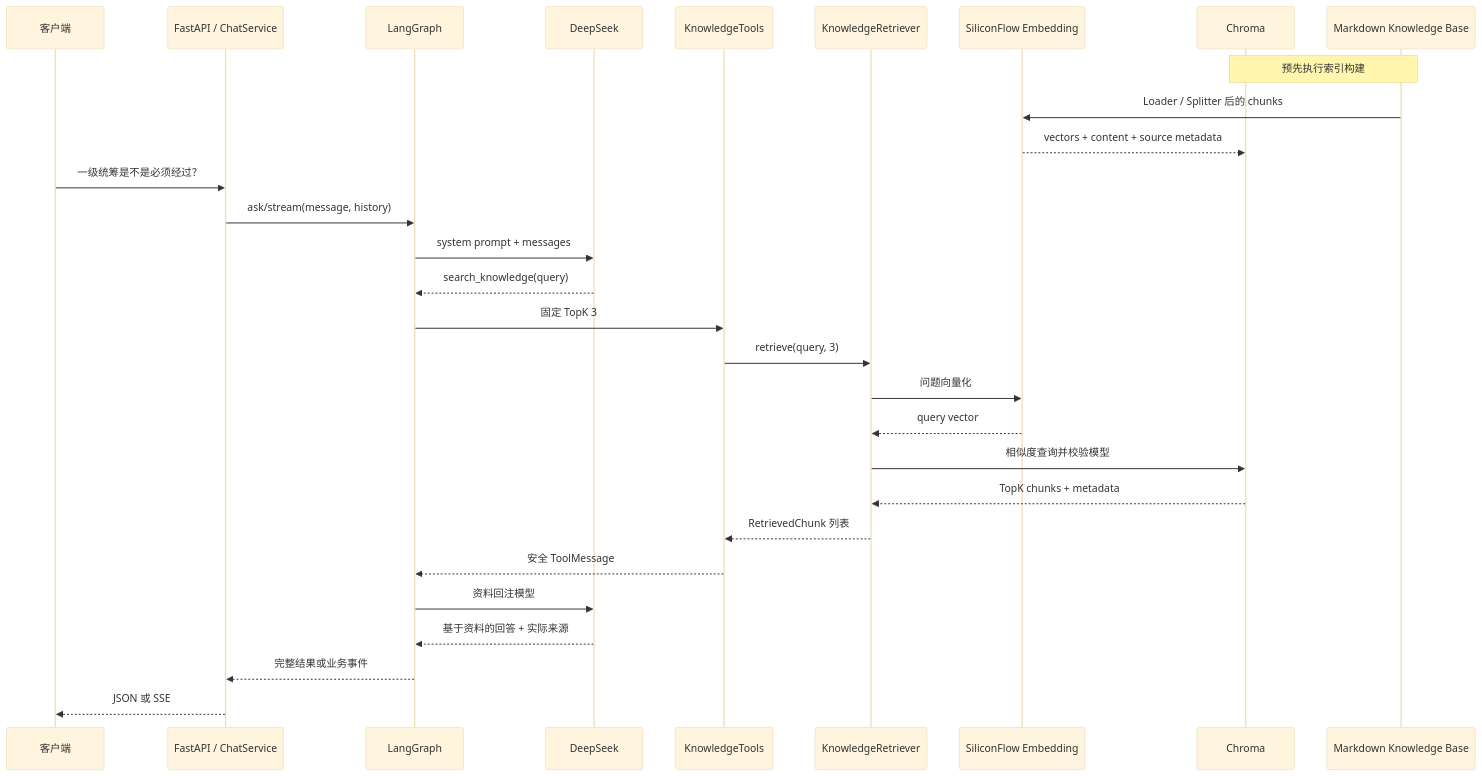
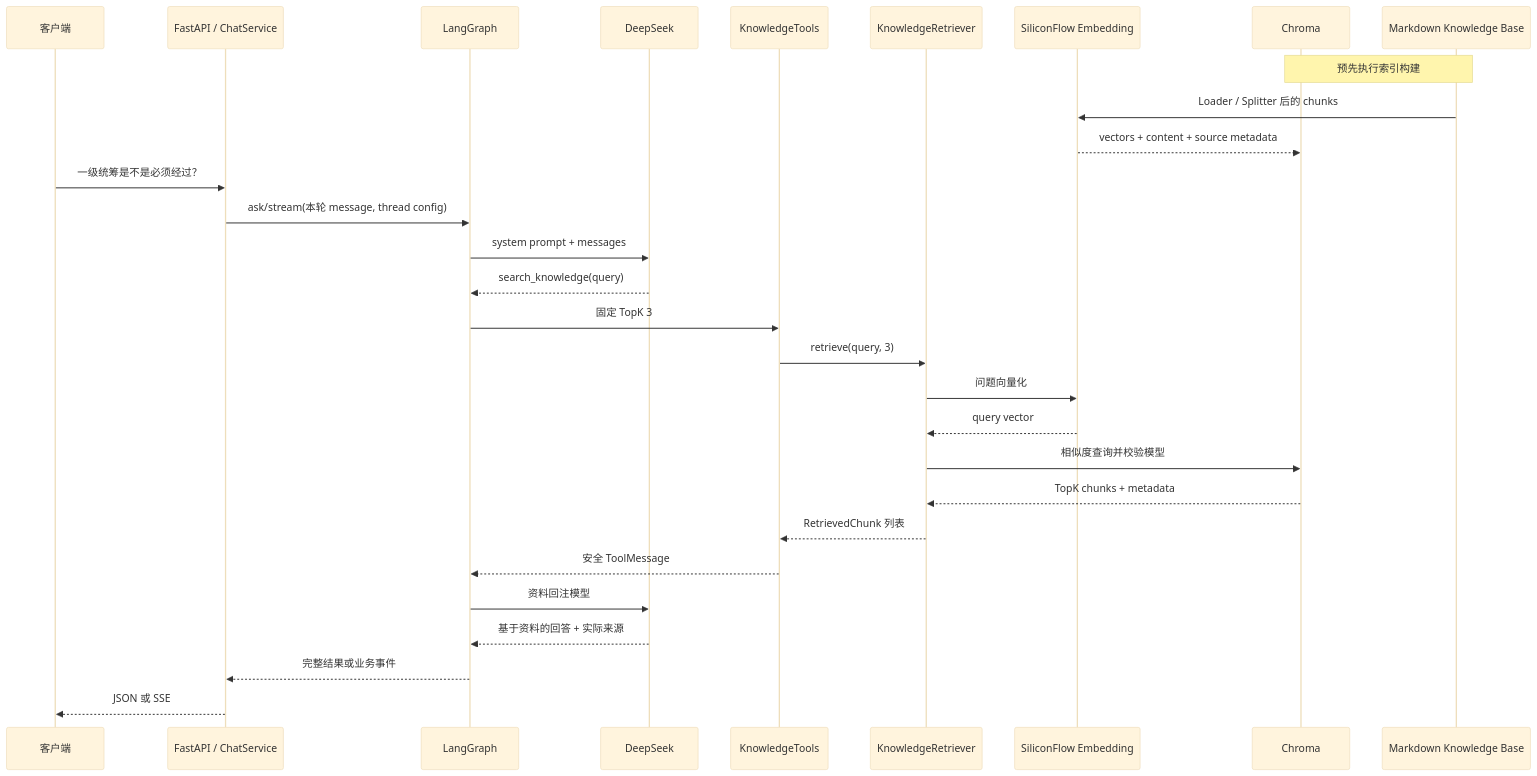
The third of 3 diagrams in docs/current-flow.md (enabler666/enterprise-agent-demo), drawn with Mermaid (base theme) before and after one commit. The commit also changed other lines of this file and 20 other files, not shown here.

````diff
--- a/docs/current-flow.md
+++ b/docs/current-flow.md
@@ -117,33 +118,33 @@
 ```mermaid
 sequenceDiagram
     participant U as 客户端
     participant F as FastAPI / ChatService
     participant G as LangGraph
     participant L as DeepSeek
     participant T as KnowledgeTools
     participant K as KnowledgeRetriever
     participant E as SiliconFlow Embedding
     participant C as Chroma
     participant M as Markdown Knowledge Base
 
     Note over M,C: 预先执行索引构建
     M->>E: Loader / Splitter 后的 chunks
     E-->>C: vectors + content + source metadata
 
     U->>F: 一级统筹是不是必须经过？
-    F->>G: ask/stream(message, history)
+    F->>G: ask/stream(本轮 message, thread config)
     G->>L: system prompt + messages
     L-->>G: search_knowledge(query)
     G->>T: 固定 TopK 3
     T->>K: retrieve(query, 3)
     K->>E: 问题向量化
     E-->>K: query vector
     K->>C: 相似度查询并校验模型
     C-->>K: TopK chunks + metadata
     K-->>T: RetrievedChunk 列表
     T-->>G: 安全 ToolMessage
     G->>L: 资料回注模型
     L-->>G: 基于资料的回答 + 实际来源
     G-->>F: 完整结果或业务事件
     F-->>U: JSON 或 SSE
 ```
````
